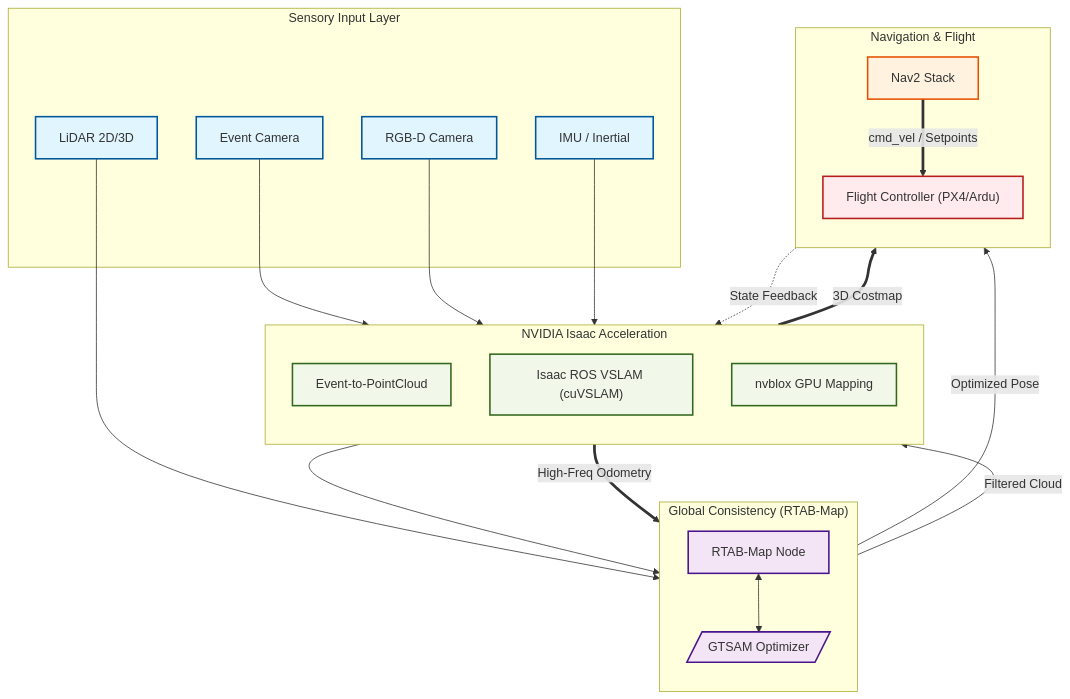
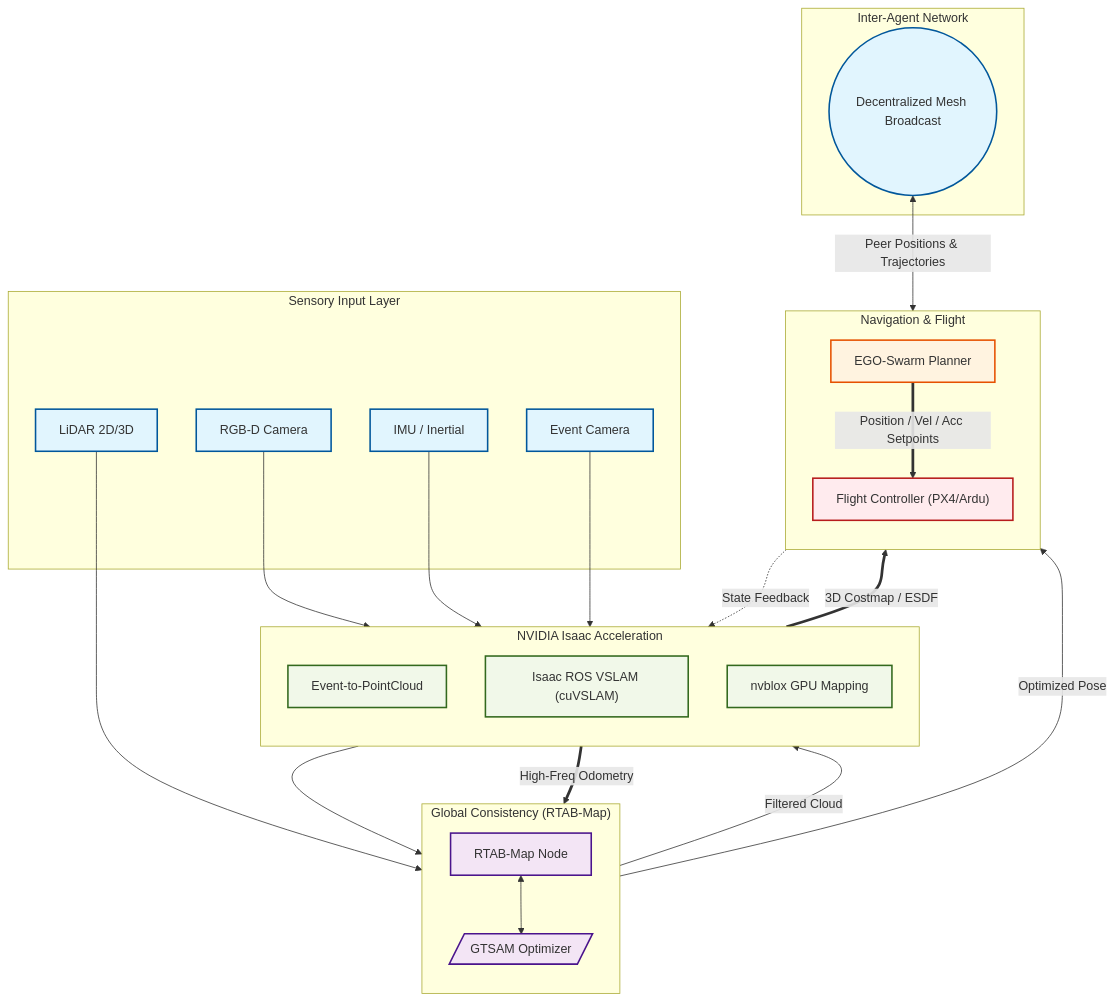
One commit to Aeluin-Technologies/Ringil changed the diagram in ros2/README.md. Above: the diagram before and after it, drawn with Mermaid. The commit also changed other lines of this file and 5 other files, not shown here.

````diff
--- a/ros2/README.md
+++ b/ros2/README.md
@@ -16,50 +16,55 @@
 ```mermaid
 flowchart TB
     classDef sensor fill:#e1f5fe,stroke:#01579b,stroke-width:2px
     classDef gpuNode fill:#f1f8e9,stroke:#33691e,stroke-width:2px
     classDef slamNode fill:#f3e5f5,stroke:#4a148c,stroke-width:2px
     classDef navNode fill:#fff3e0,stroke:#e65100,stroke-width:2px
     classDef hardware fill:#ffebee,stroke:#b71c1c,stroke-width:2px
 
     subgraph Sensors ["Sensory Input Layer"]
         S_LiDAR["LiDAR 2D/3D"]:::sensor
         S_Cam["RGB-D Camera"]:::sensor
         S_IMU["IMU / Inertial"]:::sensor
         S_EvCam["Event Camera"]:::sensor
     end
 
     subgraph GPU_Perception ["NVIDIA Isaac Acceleration"]
         direction TB
         P_Conv["Event-to-PointCloud"]:::gpuNode
         P_VSLAM["Isaac ROS VSLAM (cuVSLAM)"]:::gpuNode
         P_NVB["nvblox GPU Mapping"]:::gpuNode
     end
 
     subgraph SLAM_Core ["Global Consistency (RTAB-Map)"]
         direction TB
         C_RTAB["RTAB-Map Node"]:::slamNode
         C_GTSAM[/"GTSAM Optimizer"/]:::slamNode
     end
 
     subgraph Autonomy_Control ["Navigation & Flight"]
         direction TB
-        A_Nav2["Nav2 Stack"]:::navNode
+        A_Ego["EGO-Swarm Planner"]:::navNode
         A_FCU["Flight Controller (PX4/Ardu)"]:::hardware
     end
 
-    %% Connections
+    subgraph Swarm_Comms ["Inter-Agent Network"]
+        W_Mesh(("Decentralized Mesh Broadcast")):::sensor
+    end
+
     S_LiDAR & P_Conv --> C_RTAB
     S_EvCam --> P_Conv
-    
+
     S_Cam & S_IMU --> P_VSLAM
-    
+
     P_VSLAM ==>|High-Freq Odometry| C_RTAB
     C_RTAB <--> C_GTSAM
+
+    C_RTAB -->|Filtered Cloud| P_NVB
+    P_NVB ==>|3D Costmap / ESDF| A_Ego
+    C_RTAB -->|Optimized Pose| A_Ego
     
-    C_RTAB -->|Filtered Cloud| P_NVB
-    P_NVB ==>|3D Costmap| A_Nav2
-    C_RTAB -->|Optimized Pose| A_Nav2
-    
-    A_Nav2 ==>|cmd_vel / Setpoints| A_FCU
+    W_Mesh <-->|Peer Positions & Trajectories| A_Ego
+
+    A_Ego ==>|Position / Vel / Acc Setpoints| A_FCU
     A_FCU -.->|State Feedback| P_VSLAM
 ```
````
